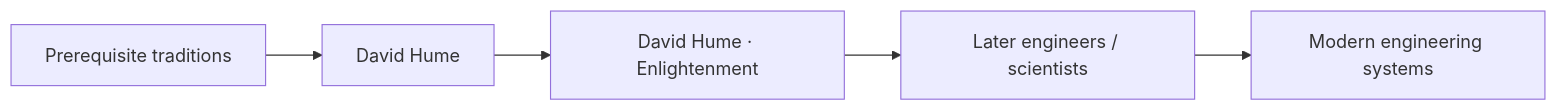
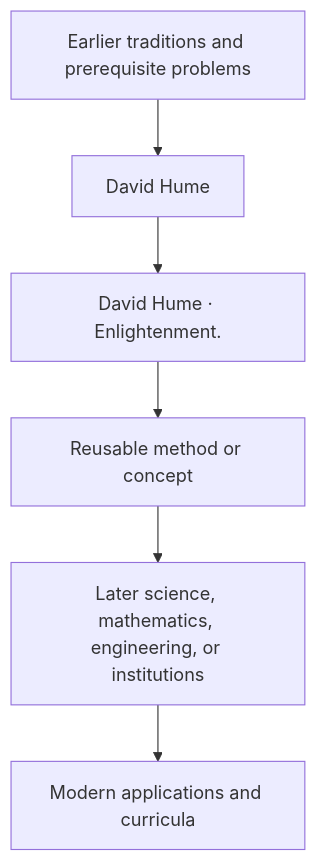
One commit to via-decide/ViaLogic changed the diagram in docs/history/david-hume/influence.md. Above: the diagram before and after it, drawn with Mermaid. The commit also changed other lines of this file and 858 other files, not shown here.

````diff
--- a/docs/history/david-hume/influence.md
+++ b/docs/history/david-hume/influence.md
@@ -29,7 +16,8 @@
 ```mermaid
-graph LR
-  prerequisites["Prerequisite traditions"] --> current["David Hume"]
-  current --> contribution["David Hume · Enlightenment"]
-  contribution --> successors["Later engineers / scientists"]
-  successors --> modern["Modern engineering systems"]
+graph TD
+  Prior[Earlier traditions and prerequisite problems] --> Person[David Hume]
+  Person --> Contribution[David Hume · Enlightenment.]
+  Contribution --> Method[Reusable method or concept]
+  Method --> Later[Later science, mathematics, engineering, or institutions]
+  Later --> Modern[Modern applications and curricula]
 ```
````
